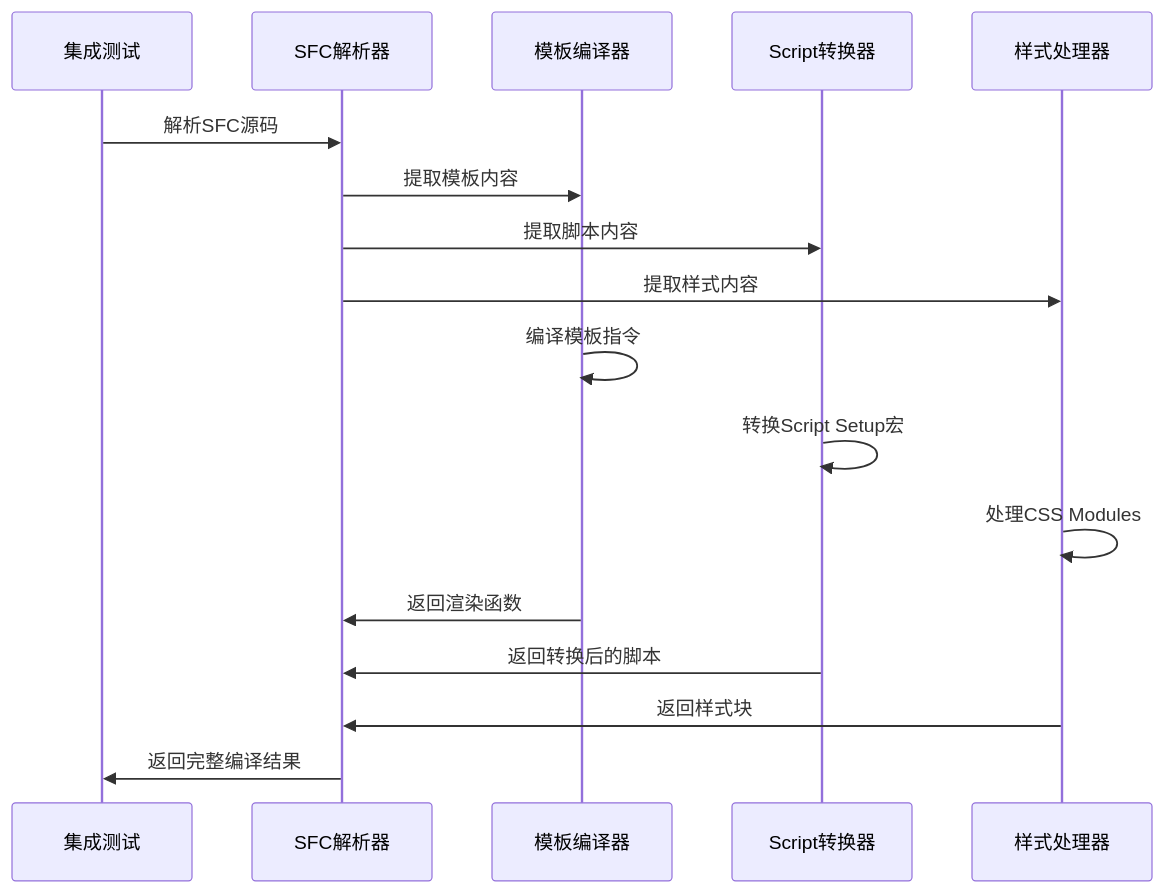
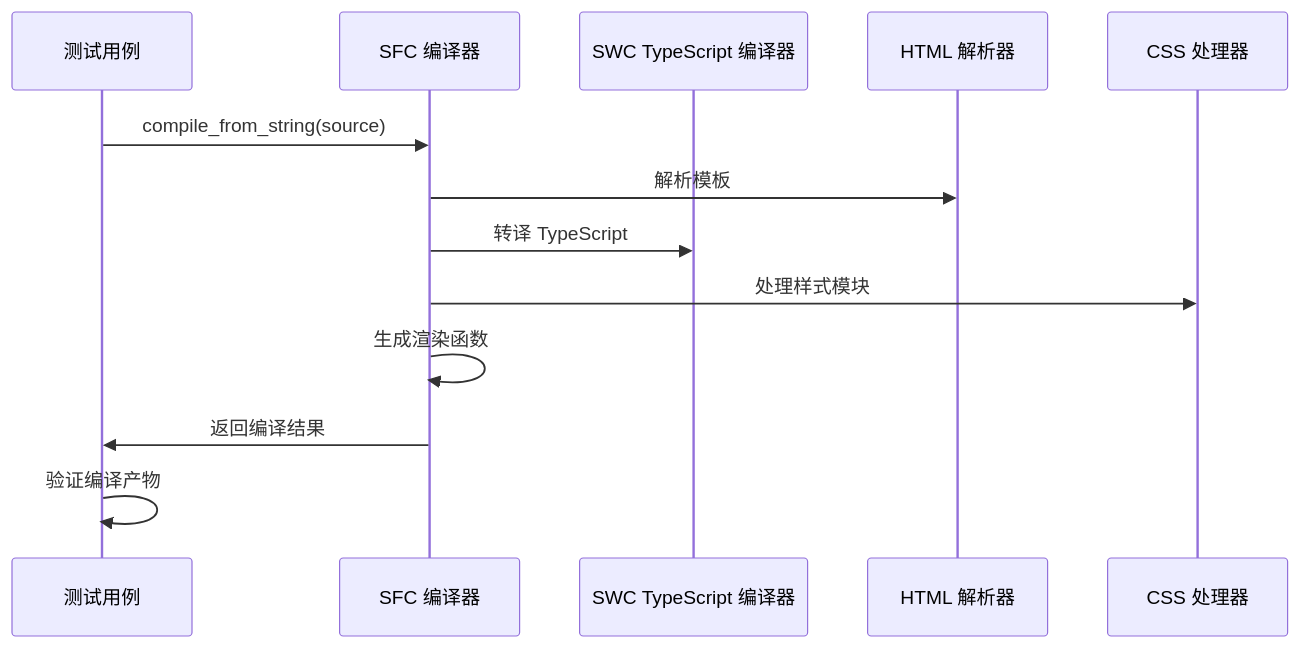
One commit to itszzl-sudo/iris changed the seventh of 8 diagrams in .qoder/repowiki/zh/content/核心功能特性/工程化与商业化能力/测试框架与基础设施/测试框架与基础设施.md. Above: the diagram before and after it, drawn with Mermaid. The commit also changed other lines of this file and 4 other files, not shown here.

````diff
--- a/.qoder/repowiki/zh/content/核心功能特性/工程化与商业化能力/测试框架与基础设施/测试框架与基础设施.md
+++ b/.qoder/repowiki/zh/content/核心功能特性/工程化与商业化能力/测试框架与基础设施/测试框架与基础设施.md
@@ -676,19 +279,15 @@
 ```mermaid
 sequenceDiagram
-participant Test as 集成测试
-participant Parser as SFC解析器
-participant Template as 模板编译器
-participant Script as Script转换器
-participant Styles as 样式处理器
-Test->>Parser : 解析SFC源码
-Parser->>Template : 提取模板内容
-Parser->>Script : 提取脚本内容
-Parser->>Styles : 提取样式内容
-Template->>Template : 编译模板指令
-Script->>Script : 转换Script Setup宏
-Styles->>Styles : 处理CSS Modules
-Template->>Parser : 返回渲染函数
-Script->>Parser : 返回转换后的脚本
-Styles->>Parser : 返回样式块
-Parser->>Test : 返回完整编译结果
+participant TEST as 测试用例
+participant COMPILER as SFC 编译器
+participant SWC as SWC TypeScript 编译器
+participant HTML as HTML 解析器
+participant CSS as CSS 处理器
+TEST->>COMPILER : compile_from_string(source)
+COMPILER->>HTML : 解析模板
+COMPILER->>SWC : 转译 TypeScript
+COMPILER->>CSS : 处理样式模块
+COMPILER->>COMPILER : 生成渲染函数
+COMPILER->>TEST : 返回编译结果
+TEST->>TEST : 验证编译产物
 ```
````
